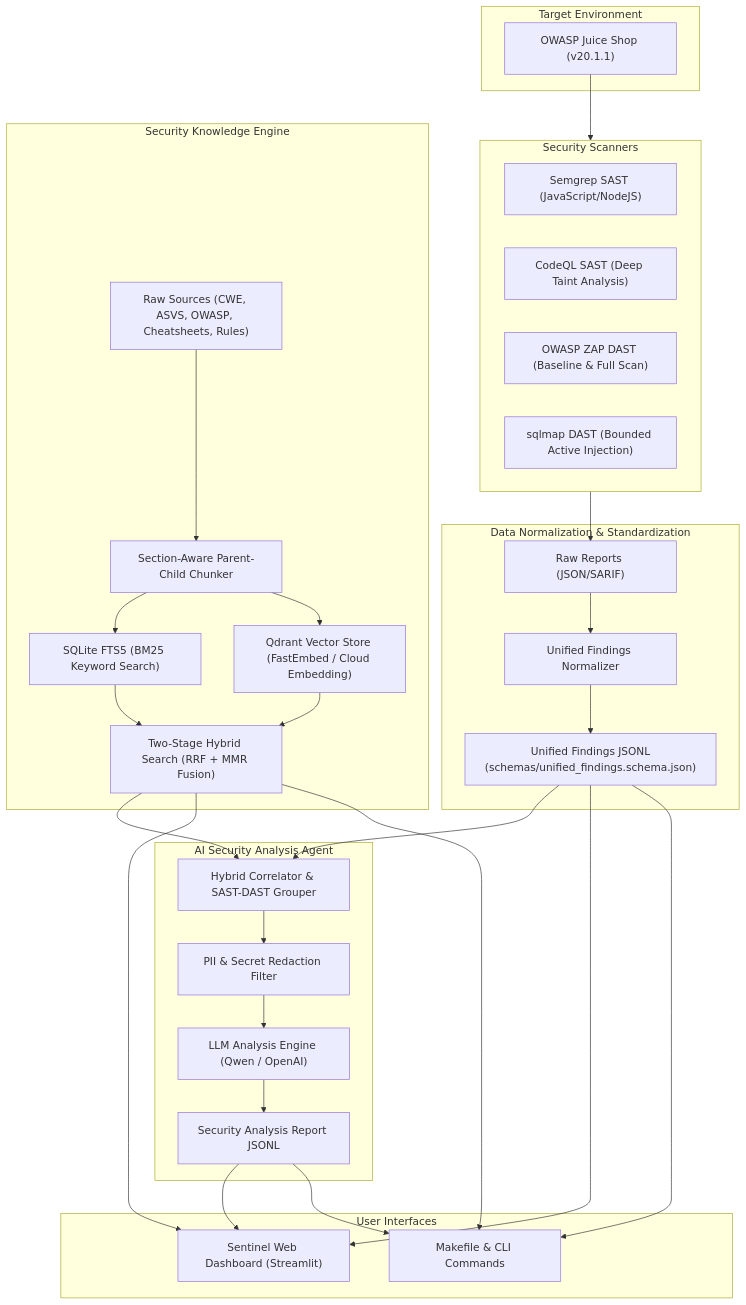
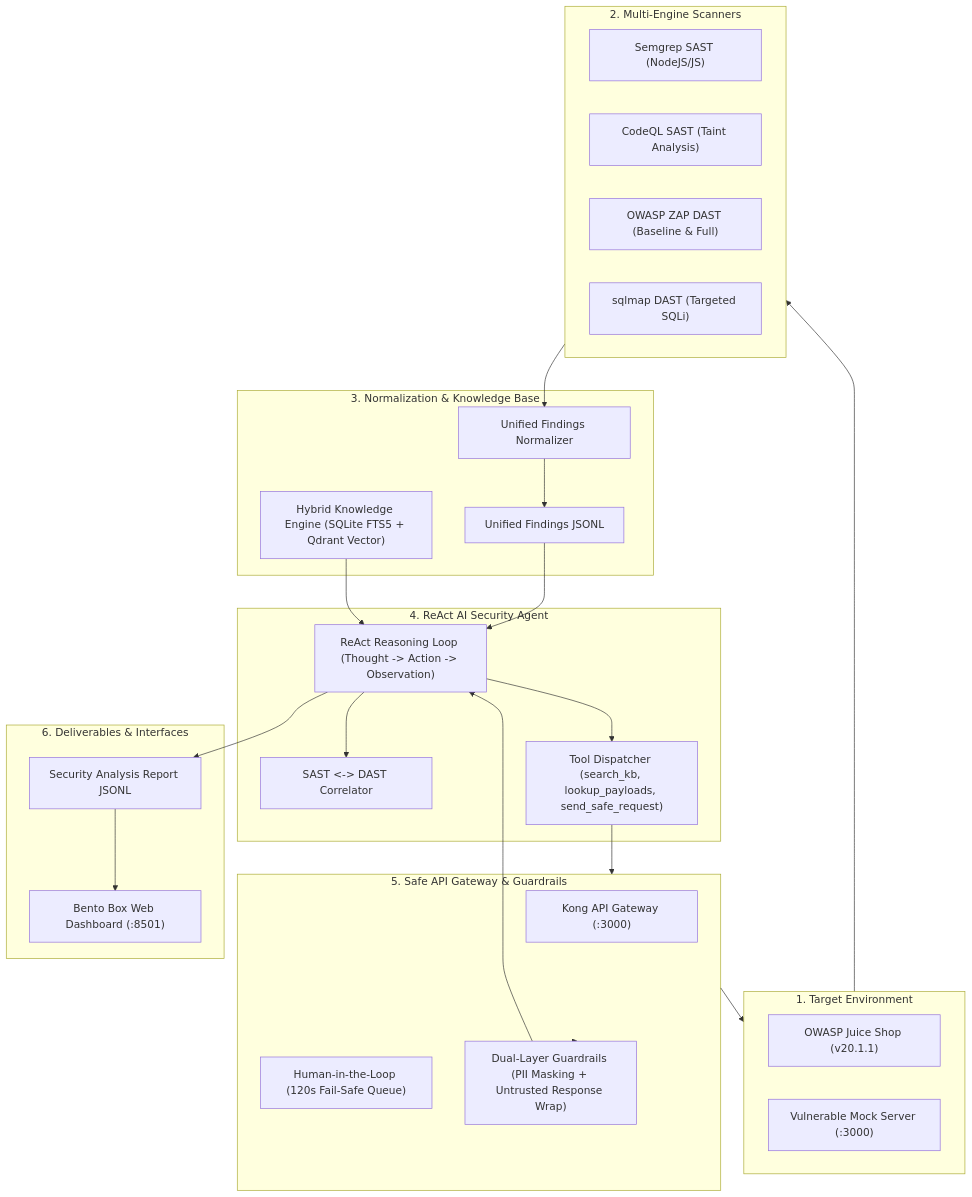
Before and after one commit to HuanNT03/2026-08-22_NguyenTienHuan_Week6: the diagram in README.md, drawn with Mermaid. The commit also changed other lines of this file and 1 other file, not shown here.

Commit message:
docs: rewrite README with concise architecture, full week 6 flow and make commands

````diff
--- a/README.md
+++ b/README.md
@@ -33,46 +26,47 @@
 ```mermaid
 flowchart TD
-    subgraph Target["Target Environment"]
+    subgraph TargetEnv ["1. Target Environment"]
         JuiceShop["OWASP Juice Shop (v20.1.1)"]
+        MockServer["Vulnerable Mock Server (:3000)"]
     end
 
-    subgraph Scanners["Security Scanners"]
-        Semgrep["Semgrep SAST (JavaScript/NodeJS)"]
-        CodeQL["CodeQL SAST (Deep Taint Analysis)"]
-        ZAP["OWASP ZAP DAST (Baseline & Full Scan)"]
-        SQLMap["sqlmap DAST (Bounded Active Injection)"]
+    subgraph Scanners ["2. Multi-Engine Scanners"]
+        Semgrep["Semgrep SAST (NodeJS/JS)"]
+        CodeQL["CodeQL SAST (Taint Analysis)"]
+        ZAP["OWASP ZAP DAST (Baseline & Full)"]
+        SQLMap["sqlmap DAST (Targeted SQLi)"]
     end
 
-    subgraph Pipeline["Data Normalization & Standardization"]
-        Reports["Raw Reports (JSON/SARIF)"]
+    subgraph Pipeline ["3. Normalization & Knowledge Base"]
         Normalizer["Unified Findings Normalizer"]
-        UnifiedJSONL["Unified Findings JSONL\n(schemas/unified_findings.schema.json)"]
+        UnifiedJSONL["Unified Findings JSONL"]
+        KBEngine["Hybrid Knowledge Engine (SQLite FTS5 + Qdrant Vector)"]
     end
 
-    subgraph Knowledge["Security Knowledge Engine"]
-        RawKB["Raw Sources (CWE, ASVS, OWASP, Cheatsheets, Rules)"]
-        Chunker["Section-Aware Parent-Child Chunker"]
-        FTS5["SQLite FTS5 (BM25 Keyword Search)"]
-        Qdrant["Qdrant Vector Store (FastEmbed / Cloud Embedding)"]
-        HybridEngine["Two-Stage Hybrid Search (RRF + MMR Fusion)"]
+    subgraph ReActAgent ["4. ReAct AI Security Agent"]
+        AgentCore["ReAct Reasoning Loop (Thought -> Action -> Observation)"]
+        Correlator["SAST <-> DAST Correlator"]
+        Tools["Tool Dispatcher (search_kb, lookup_payloads, send_safe_request)"]
     end
 
-    subgraph AIAgent["AI Security Analysis Agent"]
-        Grouper["Hybrid Correlator & SAST-DAST Grouper"]
-        Redactor["PII & Secret Redaction Filter"]
-        LLM["LLM Analysis Engine (Qwen / OpenAI)"]
-        ReportJSONL["Security Analysis Report JSONL"]
+    subgraph SafeGateway ["5. Safe API Gateway & Guardrails"]
+        KongGateway["Kong API Gateway (:3000)"]
+        HITL["Human-in-the-Loop (120s Fail-Safe Queue)"]
+        Guardrails["Dual-Layer Guardrails (PII Masking + Untrusted Response Wrap)"]
     end
 
-    subgraph Interfaces["User Interfaces"]
-        WebUI["Sentinel Web Dashboard (Streamlit)"]
-        CLI["Makefile & CLI Commands"]
+    subgraph Output ["6. Deliverables & Interfaces"]
+        ReportJSONL["Security Analysis Report JSONL"]
+        WebUI["Bento Box Web Dashboard (:8501)"]
     end
 
-    JuiceShop --> Scanners
-    Scanners --> Reports --> Normalizer --> UnifiedJSONL
-    RawKB --> Chunker
-    Chunker --> FTS5 & Qdrant --> HybridEngine
-    UnifiedJSONL & HybridEngine --> Grouper --> Redactor --> LLM --> ReportJSONL
-    ReportJSONL & HybridEngine & UnifiedJSONL --> WebUI & CLI
+    TargetEnv --> Scanners
+    Scanners --> Normalizer --> UnifiedJSONL
+    UnifiedJSONL & KBEngine --> AgentCore
+    AgentCore --> Correlator
+    AgentCore --> Tools
+    Tools --> SafeGateway
+    SafeGateway --> TargetEnv
+    SafeGateway --> Guardrails --> AgentCore
+    AgentCore --> ReportJSONL --> WebUI
 ```
````
